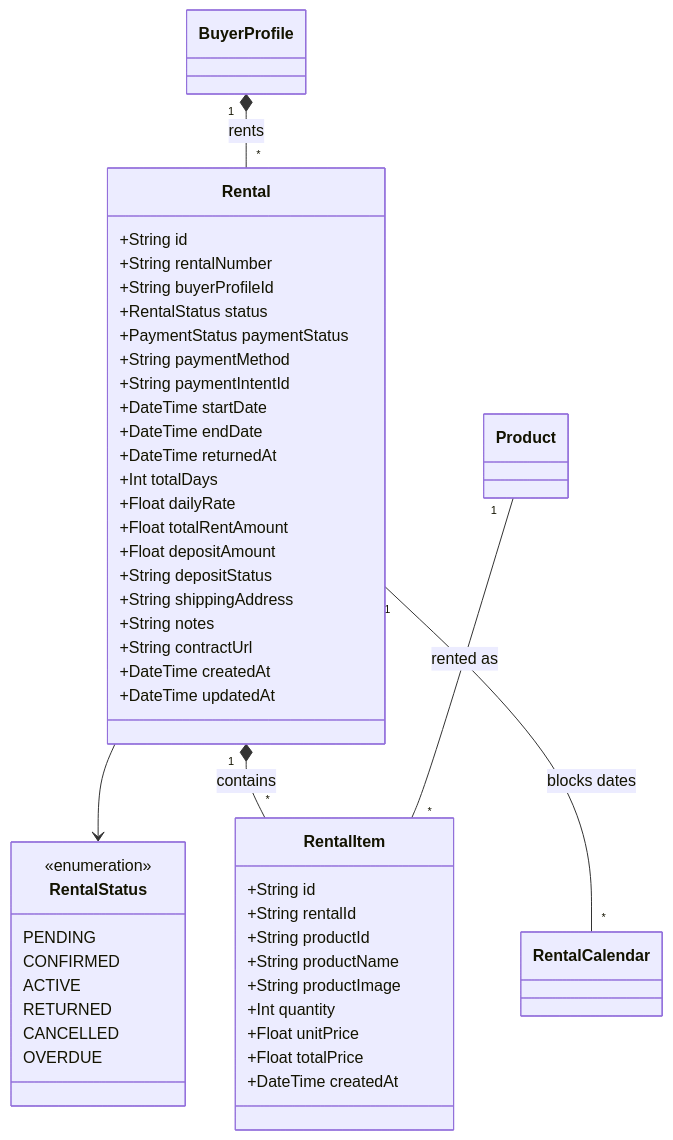
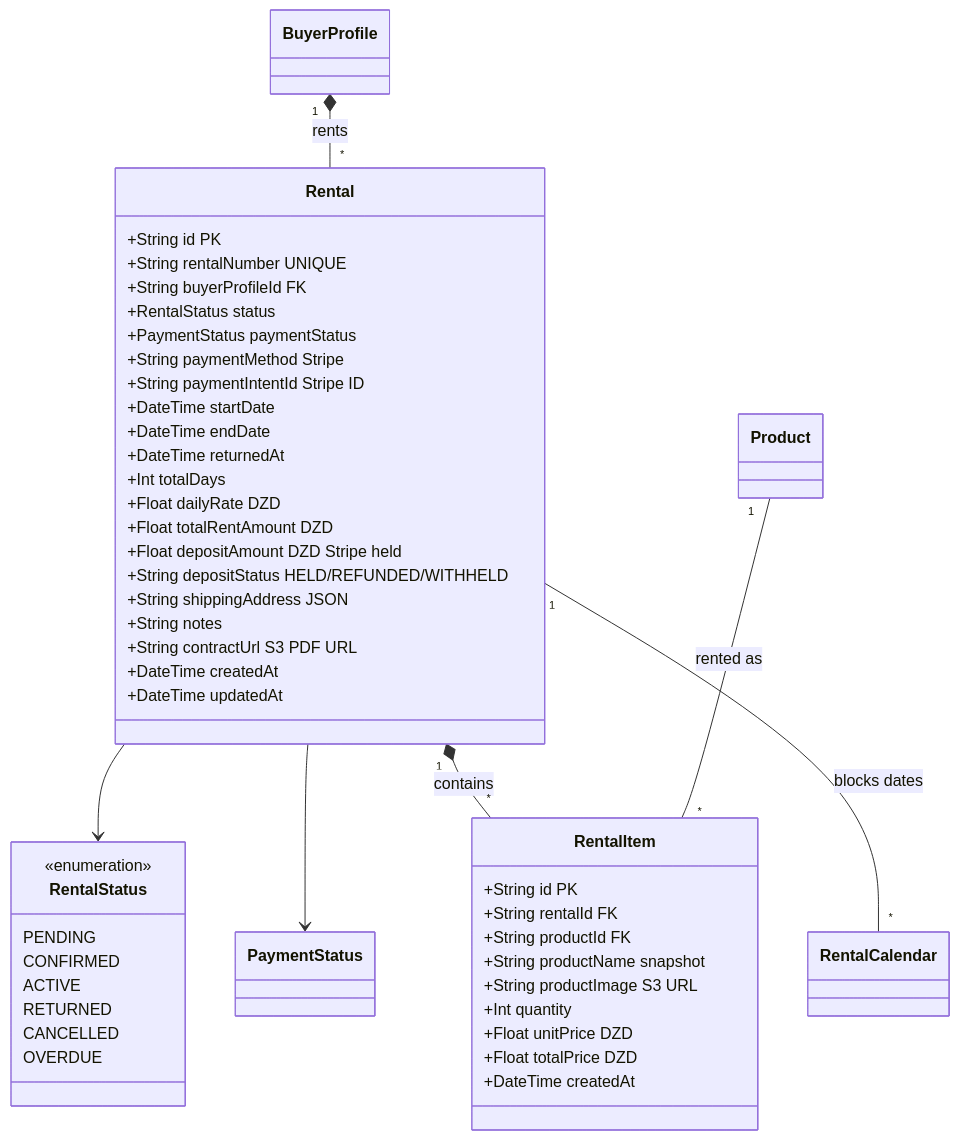
The fourth of 6 diagrams in diagrams/07_class_diagram.md (tayeb736/prohect12), drawn with Mermaid before and after one commit. The commit also changed other lines of this file and 7 other files, not shown here.

Commit message:
docs: update all UML diagrams — add PostgreSQL, Redis, S3, Stripe, SendGrid, KYC, Swagger per readme2 & README3

````diff
--- a/diagrams/07_class_diagram.md
+++ b/diagrams/07_class_diagram.md
@@ -429,55 +429,56 @@
 ```mermaid
 classDiagram
 direction TB
 
   class RentalStatus {
     <<enumeration>>
     PENDING
     CONFIRMED
     ACTIVE
     RETURNED
     CANCELLED
     OVERDUE
   }
 
   class Rental {
-    +String id
-    +String rentalNumber
-    +String buyerProfileId
+    +String id PK
+    +String rentalNumber UNIQUE
+    +String buyerProfileId FK
     +RentalStatus status
     +PaymentStatus paymentStatus
-    +String paymentMethod
-    +String paymentIntentId
+    +String paymentMethod Stripe
+    +String paymentIntentId Stripe ID
     +DateTime startDate
     +DateTime endDate
     +DateTime returnedAt
     +Int totalDays
-    +Float dailyRate
-    +Float totalRentAmount
-    +Float depositAmount
-    +String depositStatus
-    +String shippingAddress
+    +Float dailyRate DZD
+    +Float totalRentAmount DZD
+    +Float depositAmount DZD Stripe held
+    +String depositStatus HELD/REFUNDED/WITHHELD
+    +String shippingAddress JSON
     +String notes
-    +String contractUrl
+    +String contractUrl S3 PDF URL
     +DateTime createdAt
     +DateTime updatedAt
   }
 
   class RentalItem {
-    +String id
-    +String rentalId
-    +String productId
-    +String productName
-    +String productImage
+    +String id PK
+    +String rentalId FK
+    +String productId FK
+    +String productName snapshot
+    +String productImage S3 URL
     +Int quantity
-    +Float unitPrice
-    +Float totalPrice
+    +Float unitPrice DZD
+    +Float totalPrice DZD
     +DateTime createdAt
   }
 
   BuyerProfile "1" *-- "*" Rental : rents
   Rental --> RentalStatus
+  Rental --> PaymentStatus
   Rental "1" *-- "*" RentalItem : contains
   Product "1" -- "*" RentalItem : rented as
   Rental "1" -- "*" RentalCalendar : blocks dates
 ```
````
